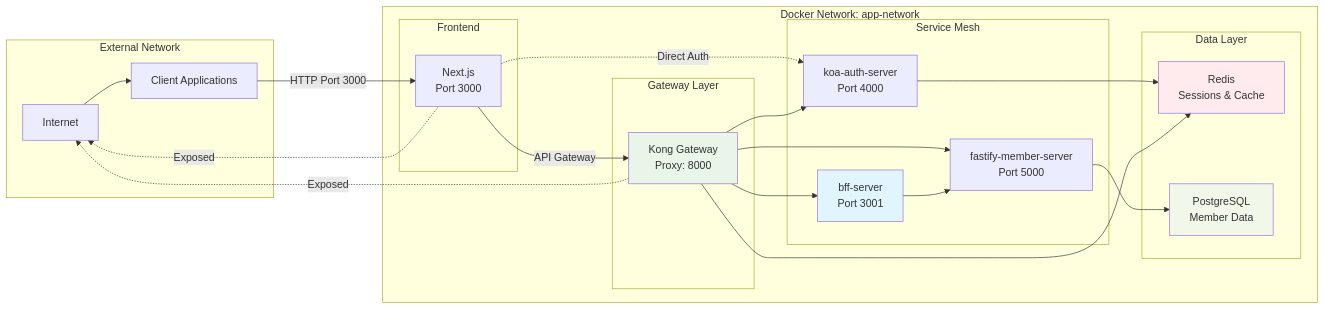
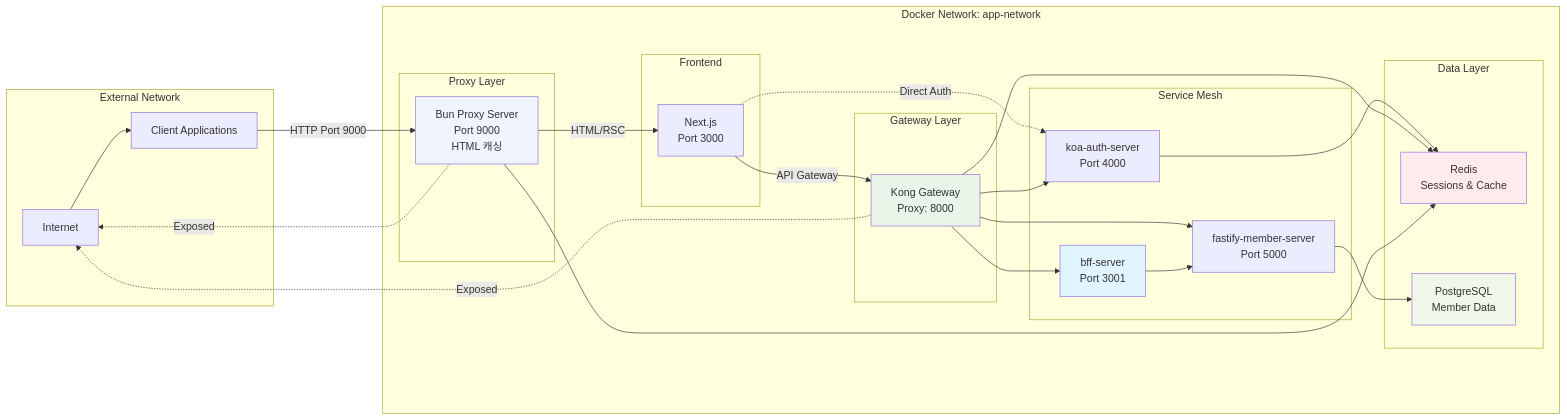
The fifth of 5 diagrams in README.md (kwonbongsoo/rehabilitationTreatment), drawn with Mermaid before and after one commit. The commit also changed other lines of this file and 14 other files, not shown here.

Commit message:
fixed: proxy next html caching bug fixed

````diff
--- a/README.md
+++ b/README.md
@@ -474,57 +505,64 @@
 ```mermaid
 graph LR
     subgraph "External Network"
         Internet[Internet]
         Client[Client Applications]
     end
 
     subgraph "Docker Network: app-network"
+        subgraph "Proxy Layer"
+            Proxy[Bun Proxy Server<br/>Port 9000<br/>HTML 캐싱]
+        end
+
         subgraph "Frontend"
             NextJS[Next.js<br/>Port 3000]
         end
 
         subgraph "Gateway Layer"
             Kong[Kong Gateway<br/>Proxy: 8000]
         end
 
         subgraph "Service Mesh"
             Auth[koa-auth-server<br/>Port 4000]
             Member[fastify-member-server<br/>Port 5000]
             BFF[bff-server<br/>Port 3001]
         end
 
         subgraph "Data Layer"
             Redis[Redis<br/>Sessions & Cache]
             PostgreSQL[PostgreSQL<br/>Member Data]
         end
     end
 
     %% External connections
     Internet --> Client
-    Client -->|HTTP Port 3000| NextJS
+    Client -->|HTTP Port 9000| Proxy
+    Proxy -->|HTML/RSC| NextJS
 
     %% Internal network connections
     NextJS -.->|Direct Auth| Auth
     NextJS -->|API Gateway| Kong
 
     Kong --> BFF
     Kong --> Auth
     Kong --> Member
 
     %% BFF connections (데이터 집계만)
     BFF --> Member
 
     %% Data connections
     Auth --> Redis
     Member --> PostgreSQL
     Kong --> Redis
+    Proxy --> Redis
 
     %% Port exposure
-    NextJS -.->|Exposed| Internet
+    Proxy -.->|Exposed| Internet
     Kong -.->|Exposed| Internet
 
+    style Proxy fill:#f0f4ff
     style Kong fill:#e8f5e8
     style BFF fill:#e1f5fe
     style Redis fill:#ffebee
     style PostgreSQL fill:#f1f8e9
 ```
````
